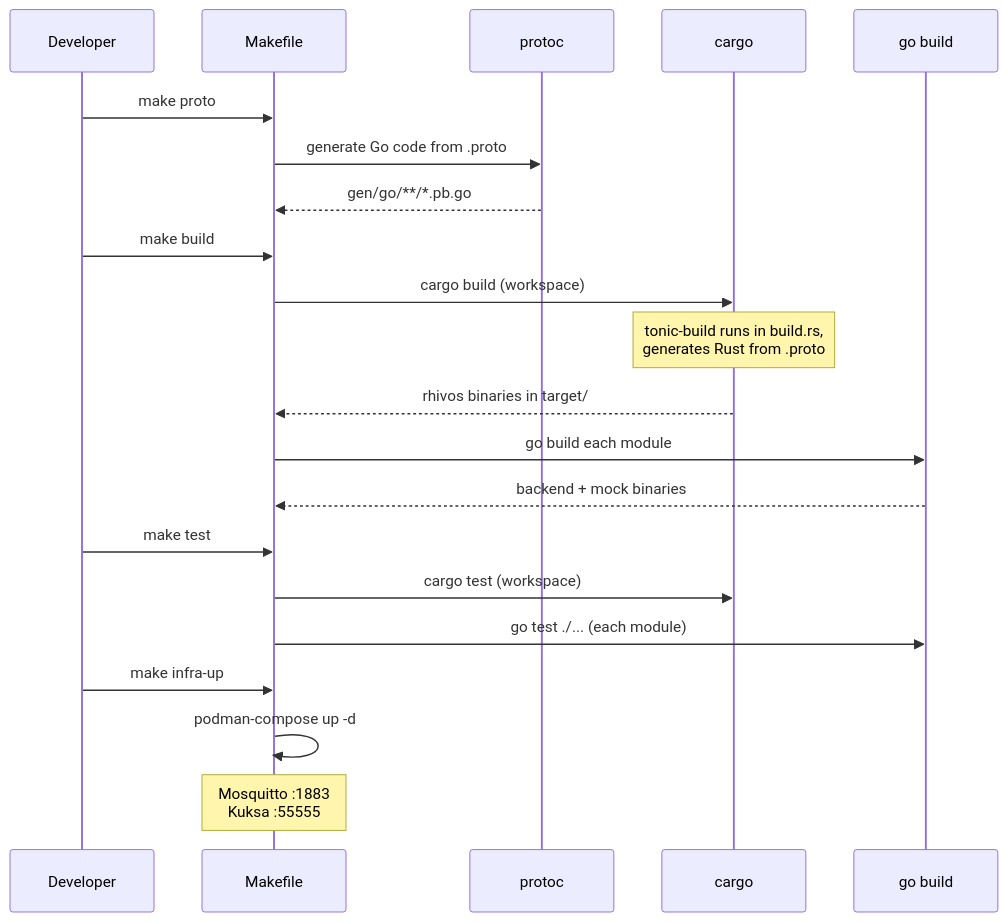
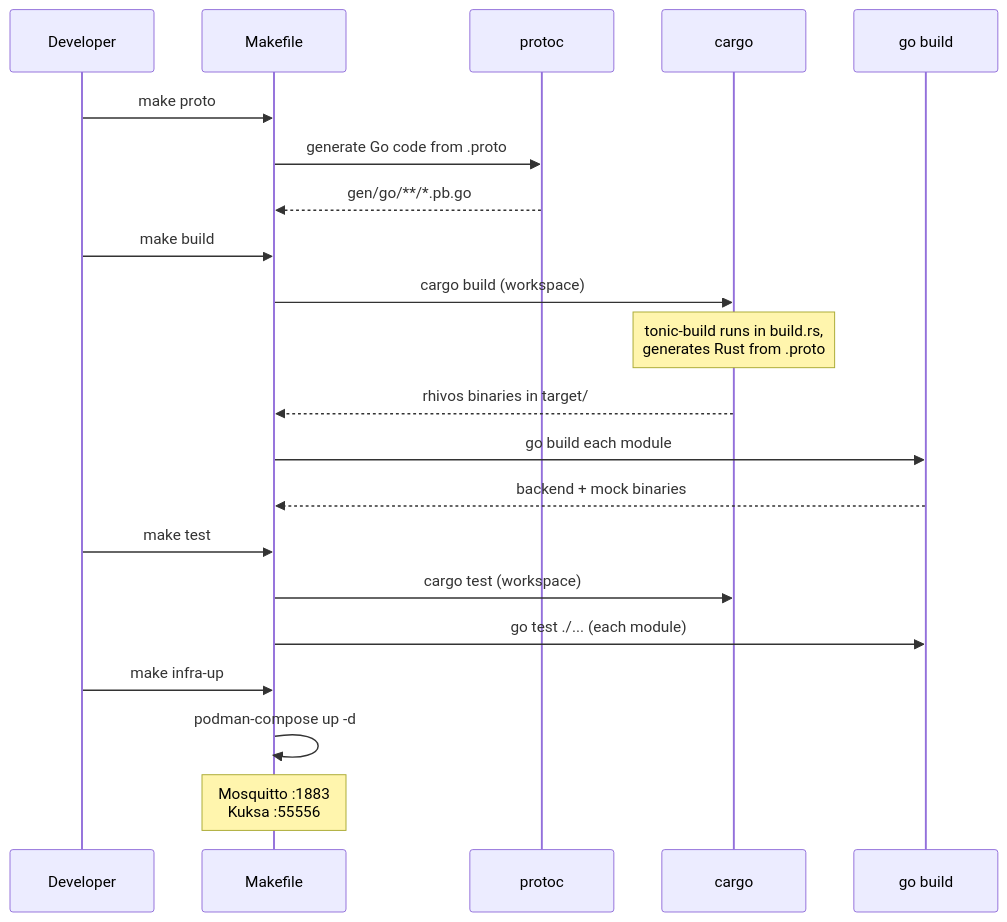
One commit to rhadp/parking-fee-service changed the second of 2 diagrams in .specs/01_project_setup/design.md. Above: the diagram before and after it, drawn with Mermaid. The commit also changed other lines of this file and 11 other files, not shown here.

````diff
--- a/.specs/01_project_setup/design.md
+++ b/.specs/01_project_setup/design.md
@@ -58,27 +58,27 @@
 ```mermaid
 sequenceDiagram
     participant Dev as Developer
     participant Make as Makefile
     participant Protoc as protoc
     participant Cargo as cargo
     participant GoBuild as go build
 
     Dev->>Make: make proto
     Make->>Protoc: generate Go code from .proto
     Protoc-->>Make: gen/go/**/*.pb.go
 
     Dev->>Make: make build
     Make->>Cargo: cargo build (workspace)
     Note over Cargo: tonic-build runs in build.rs,<br/>generates Rust from .proto
     Cargo-->>Make: rhivos binaries in target/
     Make->>GoBuild: go build each module
     GoBuild-->>Make: backend + mock binaries
 
     Dev->>Make: make test
     Make->>Cargo: cargo test (workspace)
     Make->>GoBuild: go test ./... (each module)
 
     Dev->>Make: make infra-up
     Make->>Make: podman-compose up -d
-    Note over Make: Mosquitto :1883<br/>Kuksa :55555
+    Note over Make: Mosquitto :1883<br/>Kuksa :55556
 ```
````
